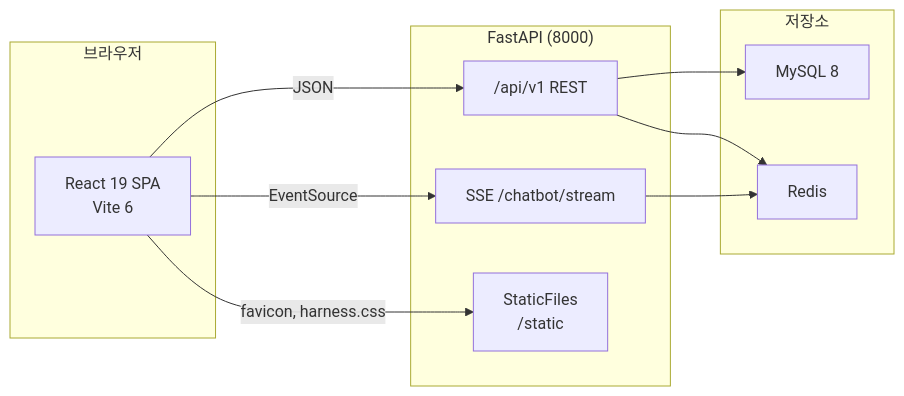
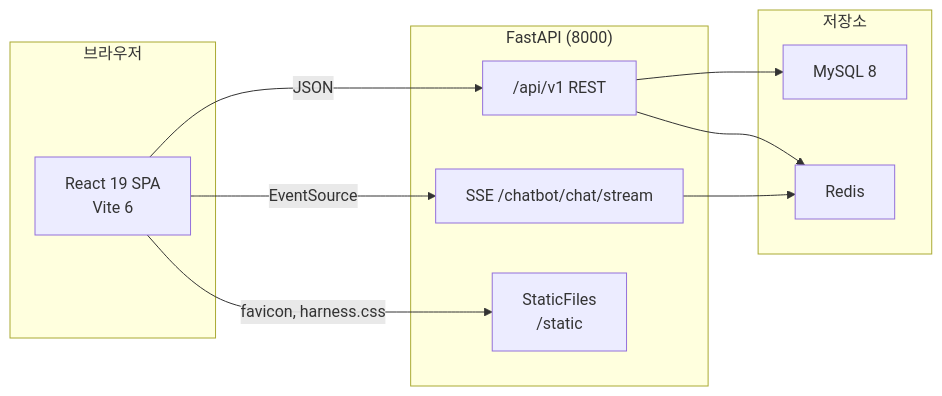
Before and after one commit to kwanbum217/refac_bid_box: the diagram in docs/design/frontend_react_reproduction_design.md, drawn with Mermaid. The commit also changed other lines of this file and 7 other files, not shown here.

Commit message:
refactor: remove legacy GET /api/v1/chatbot/stream endpoint

````diff
--- a/docs/design/frontend_react_reproduction_design.md
+++ b/docs/design/frontend_react_reproduction_design.md
@@ -136,22 +136,22 @@
 ```mermaid
 graph LR
     subgraph "브라우저"
         R["React 19 SPA<br/>Vite 6"]
     end
     subgraph "FastAPI (8000)"
         A["/api/v1 REST"]
-        S["SSE /chatbot/stream"]
+        S["SSE /chatbot/chat/stream"]
         ST["StaticFiles<br/>/static"]
     end
     subgraph "저장소"
         DB["MySQL 8"]
         RD["Redis"]
     end
 
     R -->|"JSON"| A
     R -->|"EventSource"| S
     R -->|"favicon, harness.css"| ST
     A --> DB
     A --> RD
     S --> RD
 ```
````
